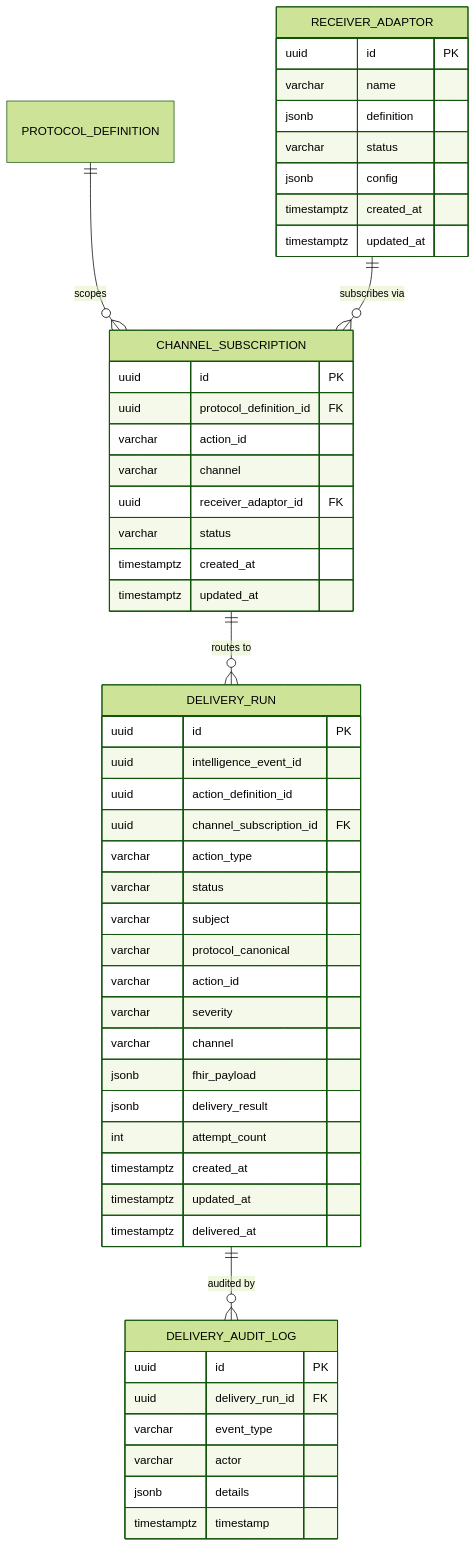
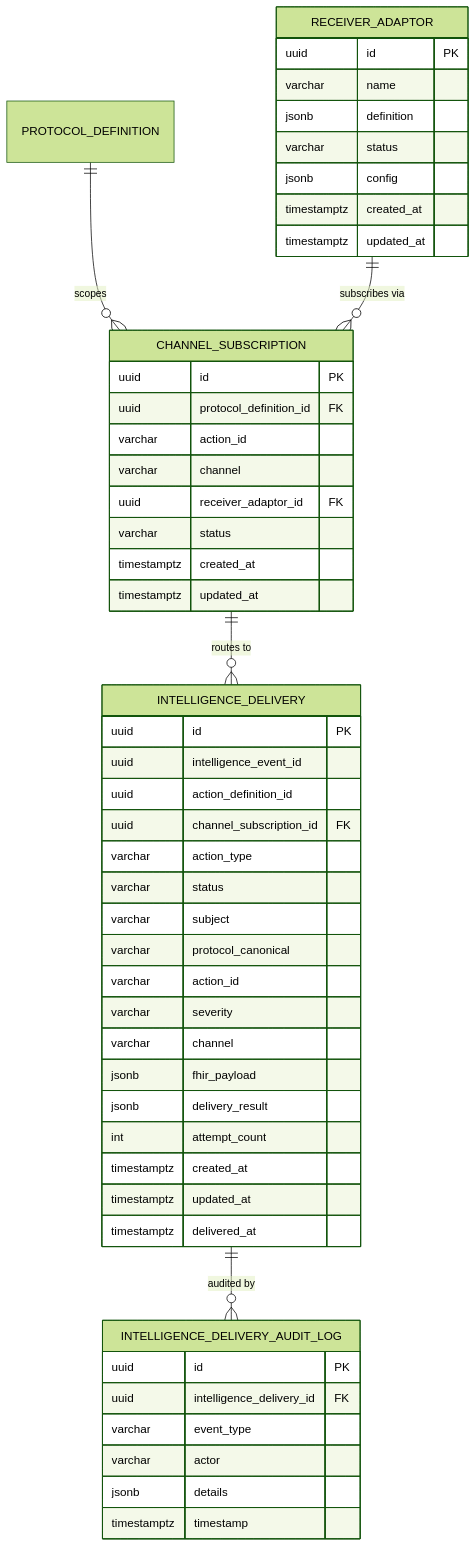
One commit to Jayaprakash8887/cce-intelligence-service changed the diagram in docs/data-dictionary.md. Above: the diagram before and after it, drawn with Mermaid (forest theme). The commit also changed other lines of this file and 6 other files, not shown here.

First line of the commit message:
refactor: rename delivery_run and related entities to intelligence_delivery

````diff
--- a/docs/data-dictionary.md
+++ b/docs/data-dictionary.md
@@ -27,57 +27,57 @@
 ```mermaid
 erDiagram
     PROTOCOL_DEFINITION ||--o{ CHANNEL_SUBSCRIPTION : "scopes"
     RECEIVER_ADAPTOR ||--o{ CHANNEL_SUBSCRIPTION : "subscribes via"
-    CHANNEL_SUBSCRIPTION ||--o{ DELIVERY_RUN : "routes to"
-    DELIVERY_RUN ||--o{ DELIVERY_AUDIT_LOG : "audited by"
+    CHANNEL_SUBSCRIPTION ||--o{ INTELLIGENCE_DELIVERY : "routes to"
+    INTELLIGENCE_DELIVERY ||--o{ INTELLIGENCE_DELIVERY_AUDIT_LOG : "audited by"
 
     RECEIVER_ADAPTOR {
         uuid id PK
         varchar name
         jsonb definition
         varchar status
         jsonb config
         timestamptz created_at
         timestamptz updated_at
     }
 
     CHANNEL_SUBSCRIPTION {
         uuid id PK
         uuid protocol_definition_id FK
         varchar action_id
         varchar channel
         uuid receiver_adaptor_id FK
         varchar status
         timestamptz created_at
         timestamptz updated_at
     }
 
-    DELIVERY_RUN {
+    INTELLIGENCE_DELIVERY {
         uuid id PK
         uuid intelligence_event_id
         uuid action_definition_id
         uuid channel_subscription_id FK
         varchar action_type
         varchar status
         varchar subject
         varchar protocol_canonical
         varchar action_id
         varchar severity
         varchar channel
         jsonb fhir_payload
         jsonb delivery_result
         int attempt_count
         timestamptz created_at
         timestamptz updated_at
         timestamptz delivered_at
     }
 
-    DELIVERY_AUDIT_LOG {
+    INTELLIGENCE_DELIVERY_AUDIT_LOG {
         uuid id PK
-        uuid delivery_run_id FK
+        uuid intelligence_delivery_id FK
         varchar event_type
         varchar actor
         jsonb details
         timestamptz timestamp
     }
 ```
````
